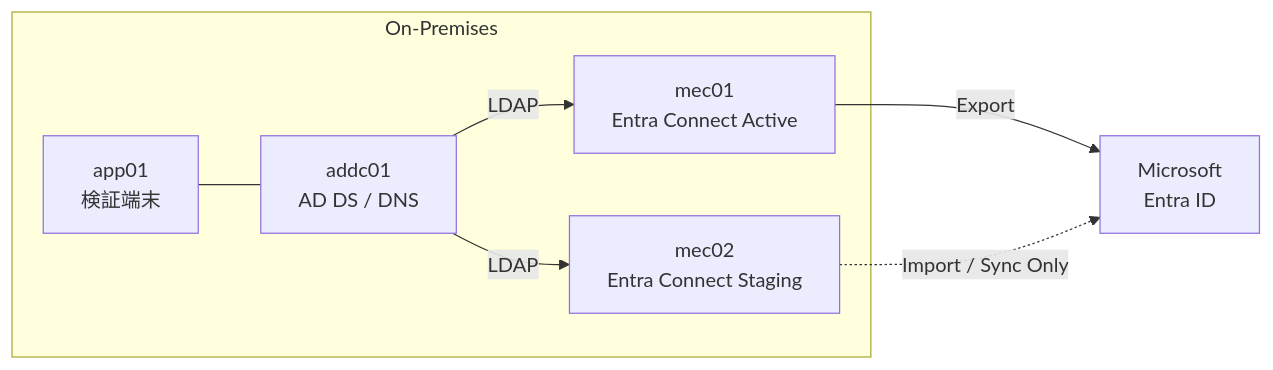
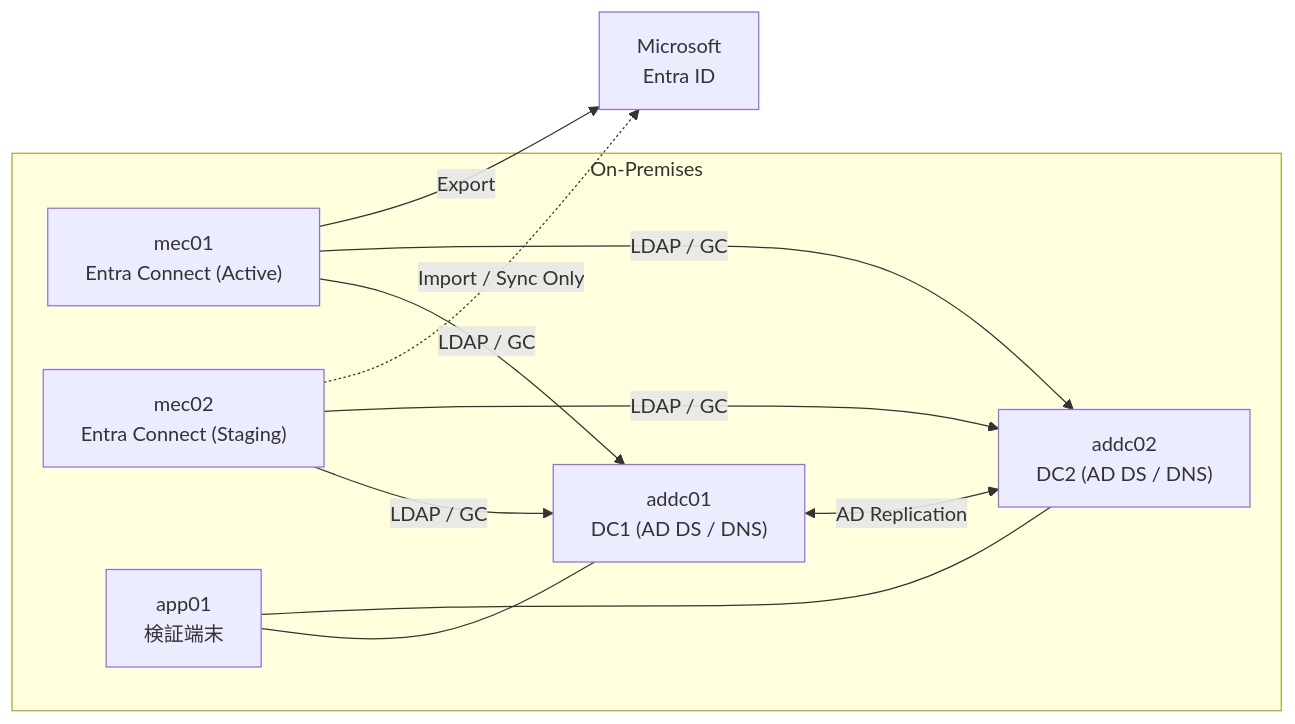
One commit to Naohiro-Yoshiyama/azure-identity-portfolio changed the diagram in LAB1-Hybrid-Identity-Entra-Connect/01_設計書/02_基本設計書.md. Above: the diagram before and after it, drawn with Mermaid. The commit also changed other lines of this file, not shown here.

````diff
--- a/LAB1-Hybrid-Identity-Entra-Connect/01_設計書/02_基本設計書.md
+++ b/LAB1-Hybrid-Identity-Entra-Connect/01_設計書/02_基本設計書.md
@@ -108,17 +115,24 @@
 ```mermaid
 flowchart LR
     subgraph OnPrem["On-Premises"]
-        addc01["addc01\nAD DS / DNS"]
-        mec01["mec01\nEntra Connect Active"]
-        mec02["mec02\nEntra Connect Staging"]
-        app01["app01\n検証端末"]
+        addc01["addc01<br/>DC1 (AD DS / DNS)"]
+        addc02["addc02<br/>DC2 (AD DS / DNS)"]
+        mec01["mec01<br/>Entra Connect (Active)"]
+        mec02["mec02<br/>Entra Connect (Staging)"]
+        app01["app01<br/>検証端末"]
     end
 
-    EntraID["Microsoft\nEntra ID"]
+    EntraID["Microsoft<br/>Entra ID"]
 
-    addc01 -->|LDAP| mec01
-    addc01 -->|LDAP| mec02
+    addc01 <-->|AD Replication| addc02
+
+    mec01 -->|LDAP / GC| addc01
+    mec01 -->|LDAP / GC| addc02
+    mec02 -->|LDAP / GC| addc01
+    mec02 -->|LDAP / GC| addc02
+
     mec01 -->|Export| EntraID
     mec02 -.->|Import / Sync Only| EntraID
     app01 --- addc01
+    app01 --- addc02
 ```
````
